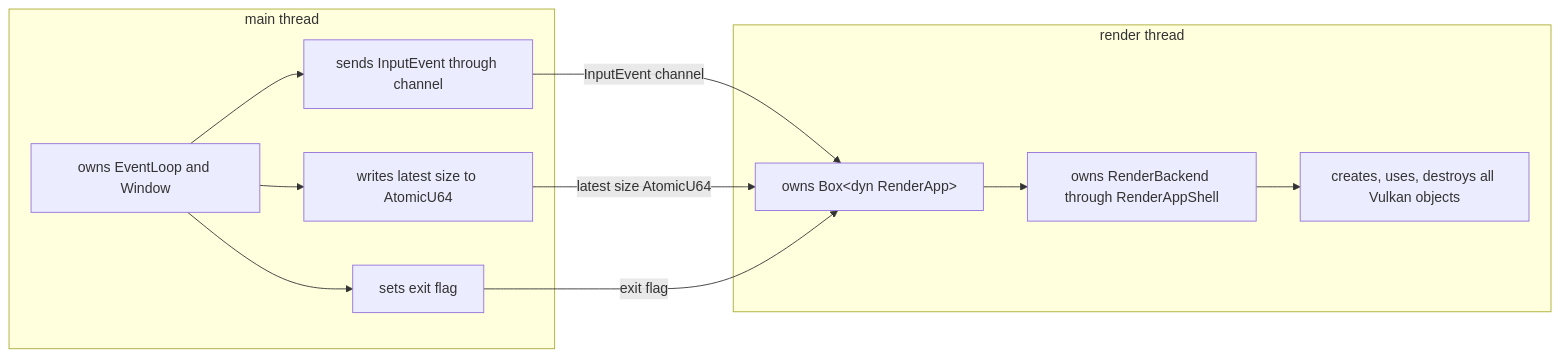
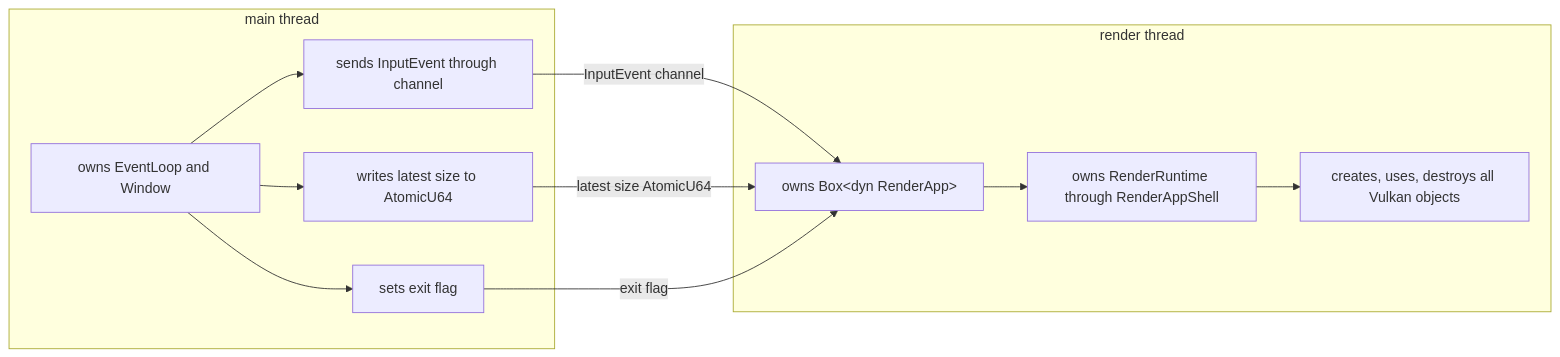
The seventh of 7 diagrams in ARCHITECTURE.md (acccoco/TruvisRenderer), drawn with Mermaid before and after one commit. The commit also changed other lines of this file and 122 other files, not shown here.

````diff
--- a/ARCHITECTURE.md
+++ b/ARCHITECTURE.md
@@ -240,23 +240,23 @@
 ```mermaid
 flowchart LR
     subgraph MainThread["main thread"]
         MainOwns["owns EventLoop and Window"]
         MainInput["sends InputEvent through channel"]
         MainSize["writes latest size to AtomicU64"]
         MainExit["sets exit flag"]
         MainOwns --> MainInput
         MainOwns --> MainSize
         MainOwns --> MainExit
     end
 
     subgraph RenderThread["render thread"]
         RenderApp["owns Box&lt;dyn RenderApp&gt;"]
-        RenderBackend["owns RenderBackend through RenderAppShell"]
+        RenderRuntime["owns RenderRuntime through RenderAppShell"]
         VulkanObjects["creates, uses, destroys all Vulkan objects"]
-        RenderApp --> RenderBackend --> VulkanObjects
+        RenderApp --> RenderRuntime --> VulkanObjects
     end
 
     MainInput -- "InputEvent channel" --> RenderApp
     MainSize -- "latest size AtomicU64" --> RenderApp
     MainExit -- "exit flag" --> RenderApp
 ```
````
